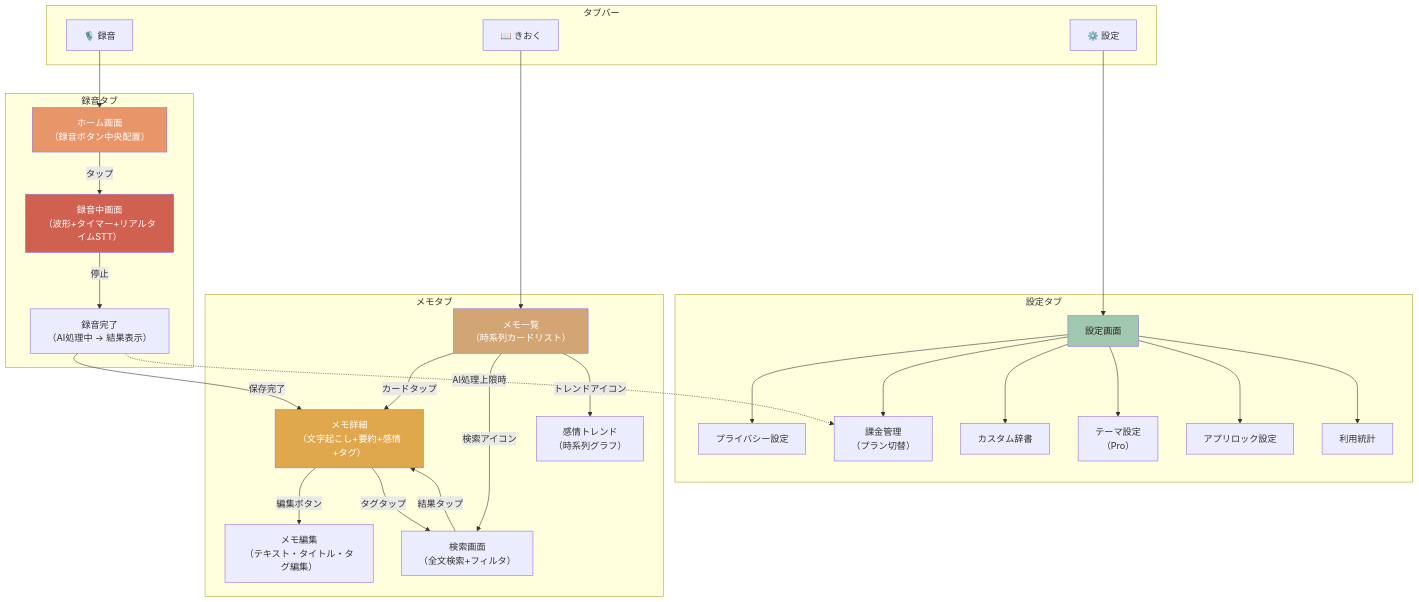
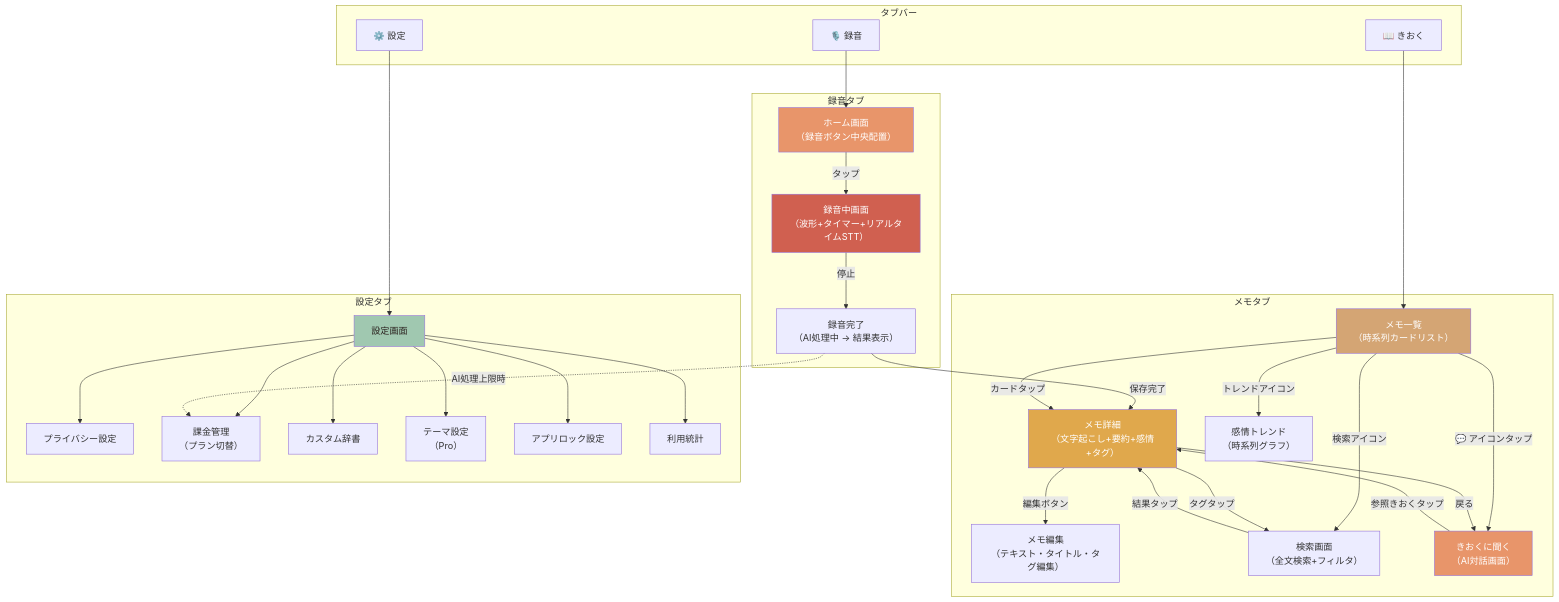
One commit to yoskmr/VoiceMemo changed the second of 3 diagrams in docs/spec/ai-voice-memo/design/04-ui-design-system.md. Above: the diagram before and after it, drawn with Mermaid. The commit also changed other lines of this file and 31 other files, not shown here.

````diff
--- a/docs/spec/ai-voice-memo/design/04-ui-design-system.md
+++ b/docs/spec/ai-voice-memo/design/04-ui-design-system.md
@@ -675,62 +677,67 @@
 ```mermaid
 flowchart TB
     subgraph TabBar["タブバー"]
         Tab1["🎙️ 録音"]
         Tab2["📖 きおく"]
         Tab3["⚙️ 設定"]
     end
 
     subgraph HomeFlow["録音タブ"]
         Home["ホーム画面\n（録音ボタン中央配置）"]
         Recording["録音中画面\n（波形+タイマー+リアルタイムSTT）"]
         RecordComplete["録音完了\n（AI処理中 → 結果表示）"]
     end
 
     subgraph MemoFlow["メモタブ"]
         MemoList["メモ一覧\n（時系列カードリスト）"]
         MemoDetail["メモ詳細\n（文字起こし+要約+感情+タグ）"]
         MemoEdit["メモ編集\n（テキスト・タイトル・タグ編集）"]
         Search["検索画面\n（全文検索+フィルタ）"]
         EmotionTrend["感情トレンド\n（時系列グラフ）"]
+        AskMemory["きおくに聞く\n（AI対話画面）"]
     end
 
     subgraph SettingsFlow["設定タブ"]
         Settings["設定画面"]
         Privacy["プライバシー設定"]
         Subscription["課金管理\n（プラン切替）"]
         CustomDict["カスタム辞書"]
         Theme["テーマ設定\n（Pro）"]
         AppLock["アプリロック設定"]
         Stats["利用統計"]
     end
 
     Tab1 --> Home
     Tab2 --> MemoList
     Tab3 --> Settings
 
     Home -->|"タップ"| Recording
     Recording -->|"停止"| RecordComplete
     RecordComplete -->|"保存完了"| MemoDetail
 
     MemoList -->|"カードタップ"| MemoDetail
     MemoList -->|"検索アイコン"| Search
     MemoList -->|"トレンドアイコン"| EmotionTrend
     MemoDetail -->|"編集ボタン"| MemoEdit
+    MemoList -->|"💬 アイコンタップ"| AskMemory
     MemoDetail -->|"タグタップ"| Search
     Search -->|"結果タップ"| MemoDetail
+    AskMemory -->|"参照きおくタップ"| MemoDetail
+    MemoDetail -->|"戻る"| AskMemory
 
     Settings --> Privacy
     Settings --> Subscription
     Settings --> CustomDict
     Settings --> Theme
     Settings --> AppLock
     Settings --> Stats
 
     RecordComplete -.->|"AI処理上限時"| Subscription
 
     style Home fill:#E8956A,color:#fff
     style Recording fill:#D06050,color:#fff
     style MemoList fill:#D4A574,color:#fff
     style MemoDetail fill:#E0A84C,color:#fff
+    style AskMemory fill:#E8956A,color:#fff
     style Settings fill:#A0C8B0,color:#2C2420
 ```
````
